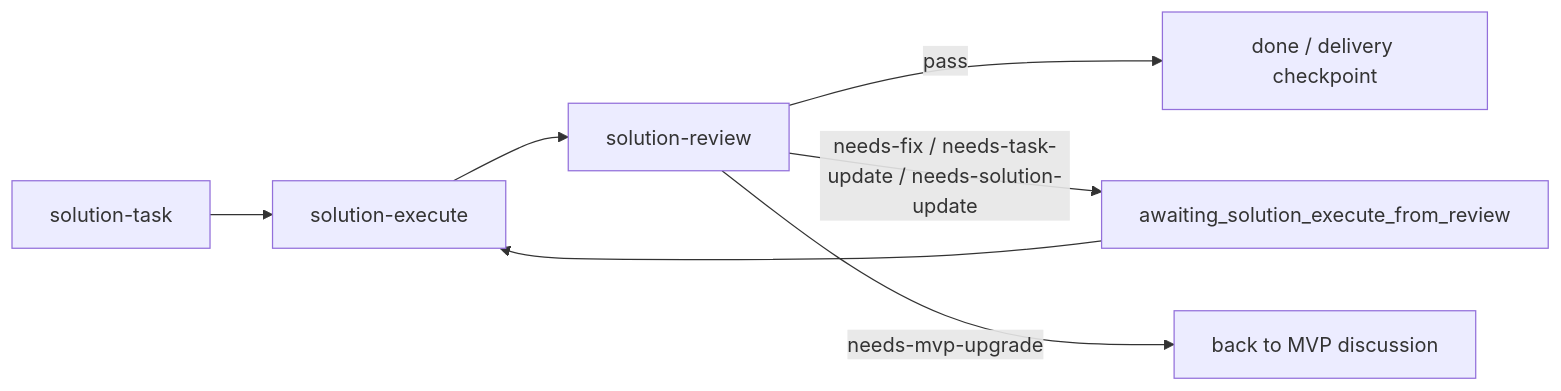
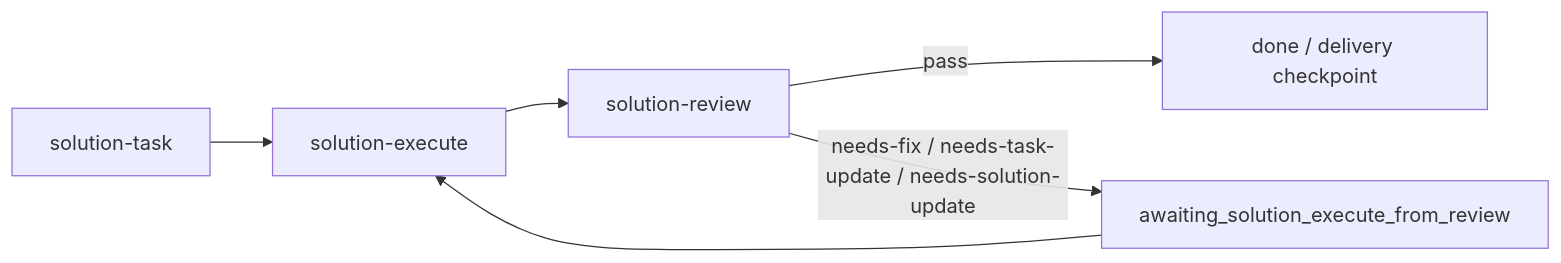
The diagram in .codex/timeline/mvp/workflow-architecture-refactor/MVP_OVERVIEW.md (PorterZhang2021/porter-plugins), drawn with Mermaid before and after one commit. The commit also changed other lines of this file and 3 other files, not shown here.

Commit message:
feat(solution): define timeline slice records

````diff
--- a/.codex/timeline/mvp/workflow-architecture-refactor/MVP_OVERVIEW.md
+++ b/.codex/timeline/mvp/workflow-architecture-refactor/MVP_OVERVIEW.md
@@ -69,9 +72,8 @@
 ```mermaid
 flowchart LR
   A["solution-task"] --> B["solution-execute"]
   B --> C["solution-review"]
   C -- "pass" --> D["done / delivery checkpoint"]
   C -- "needs-fix / needs-task-update / needs-solution-update" --> E["awaiting_solution_execute_from_review"]
   E --> B
-  C -- "needs-mvp-upgrade" --> F["back to MVP discussion"]
 ```
````
